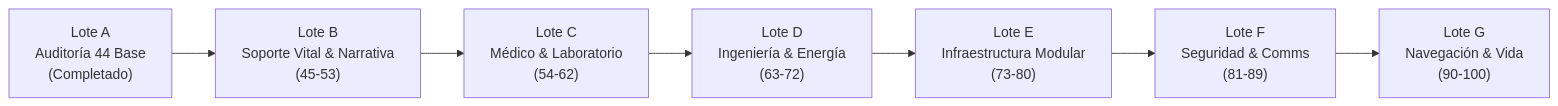
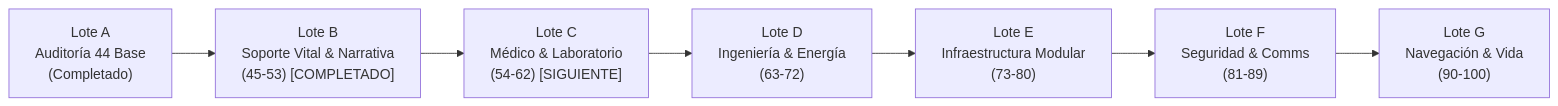
The diagram in docs/BELOW_NOMINAL_100_ASSET_ROADMAP.md (FrancisCuarto/MODELCODER), drawn with Mermaid before and after one commit. The commit also changed other lines of this file and 50 other files, not shown here.

````diff
--- a/docs/BELOW_NOMINAL_100_ASSET_ROADMAP.md
+++ b/docs/BELOW_NOMINAL_100_ASSET_ROADMAP.md
@@ -13,9 +13,9 @@
 ```mermaid
 flowchart LR
-    A["Lote A<br/>Auditoría 44 Base<br/>(Completado)"] --> B["Lote B<br/>Soporte Vital & Narrativa<br/>(45-53)"]
-    B --> C["Lote C<br/>Médico & Laboratorio<br/>(54-62)"]
+    A["Lote A<br/>Auditoría 44 Base<br/>(Completado)"] --> B["Lote B<br/>Soporte Vital & Narrativa<br/>(45-53) [COMPLETADO]"]
+    B --> C["Lote C<br/>Médico & Laboratorio<br/>(54-62) [SIGUIENTE]"]
     C --> D["Lote D<br/>Ingeniería & Energía<br/>(63-72)"]
     D --> E["Lote E<br/>Infraestructura Modular<br/>(73-80)"]
     E --> F["Lote F<br/>Seguridad & Comms<br/>(81-89)"]
     F --> G["Lote G<br/>Navegación & Vida<br/>(90-100)"]
 ```
````
